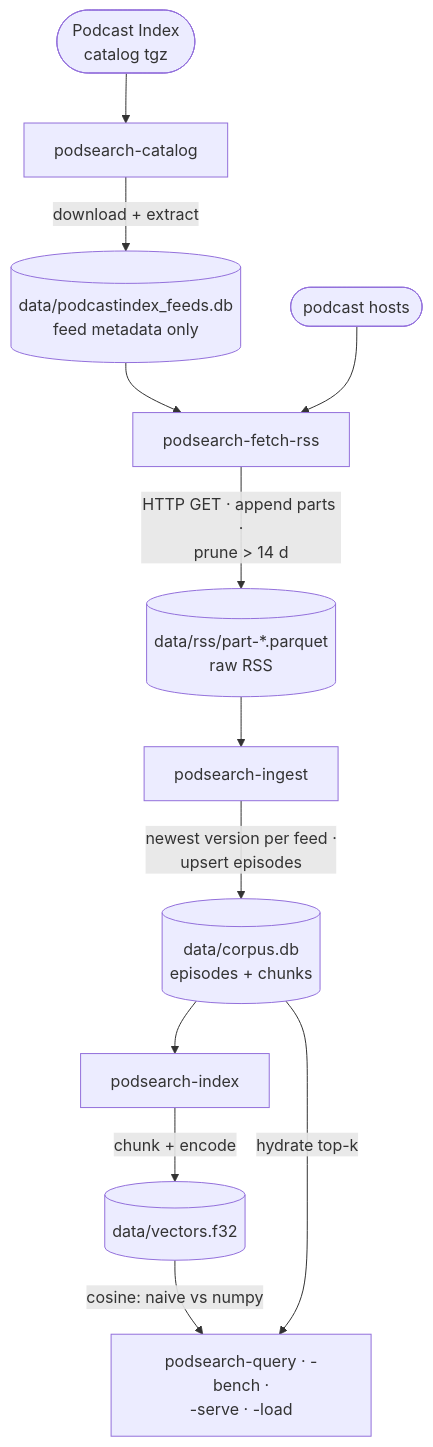
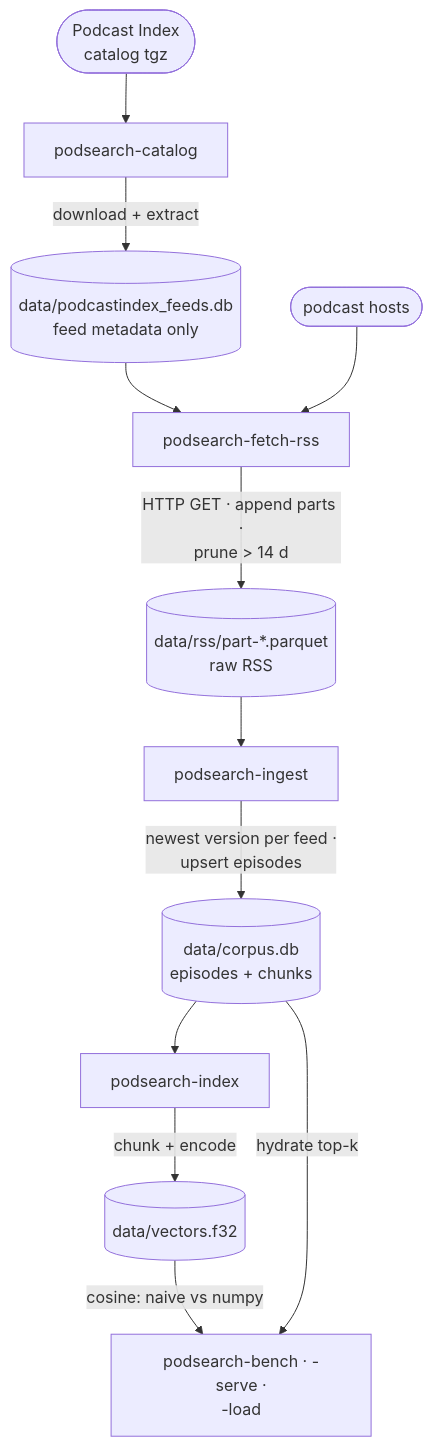
Before and after one commit to chr1st1ank/podsearch: the diagram in README.md, drawn with Mermaid. The commit also changed other lines of this file and 4 other files, not shown here.

````diff
--- a/README.md
+++ b/README.md
@@ -36,14 +36,14 @@
 ```mermaid
 flowchart TD
     CAT(["Podcast Index<br/>catalog tgz"]) --> C1["podsearch-catalog"]
     C1 -->|"download + extract"| DB[("data/podcastindex_feeds.db<br/>feed metadata only")]
     DB --> C2["podsearch-fetch-rss"]
     WEB(["podcast hosts"]) --> C2
     C2 -->|"HTTP GET · append parts ·<br/>prune > 14 d"| PQ[("data/rss/part-*.parquet<br/>raw RSS")]
     PQ --> C3["podsearch-ingest"]
     C3 -->|"newest version per feed ·<br/>upsert episodes"| CORP[("data/corpus.db<br/>episodes + chunks")]
     CORP --> C4["podsearch-index"]
     C4 -->|"chunk + encode"| VEC[("data/vectors.f32")]
-    VEC -->|"cosine: naive vs numpy"| S5["podsearch-query · -bench ·<br/>-serve · -load"]
+    VEC -->|"cosine: naive vs numpy"| S5["podsearch-bench · -serve ·<br/>-load"]
     CORP -->|"hydrate top-k"| S5
 ```
````
